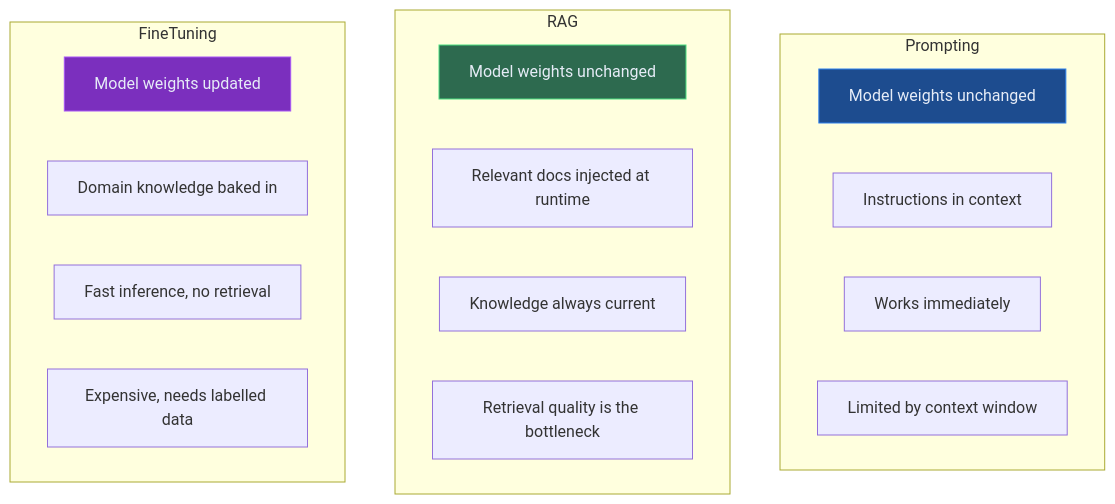
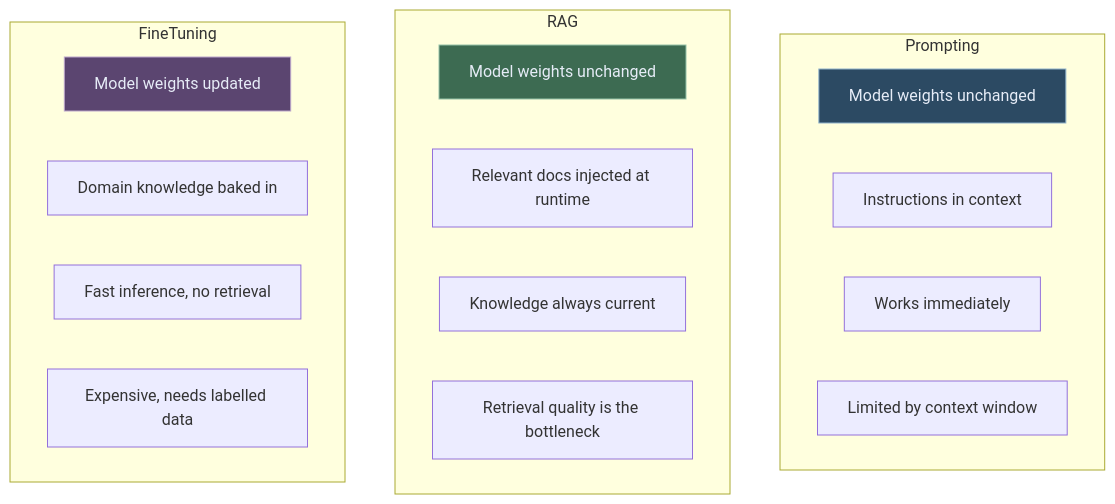
One commit to lorvexai/lorvexai changed the first of 6 diagrams in blog/fine-tuning-vs-rag-vs-prompting.md. Above: the diagram before and after it, drawn with Mermaid. The commit also changed other lines of this file and 16 other files, not shown here.

First line of the commit message:
Retune hardcoded Mermaid node colors to match the site palette

````diff
--- a/blog/fine-tuning-vs-rag-vs-prompting.md
+++ b/blog/fine-tuning-vs-rag-vs-prompting.md
@@ -34,27 +34,27 @@
 ```mermaid
 flowchart TD
     subgraph Prompting
         P1[Model weights unchanged]
         P2[Instructions in context]
         P3[Works immediately]
         P4[Limited by context window]
     end
 
     subgraph RAG
         R1[Model weights unchanged]
         R2[Relevant docs injected at runtime]
         R3[Knowledge always current]
         R4[Retrieval quality is the bottleneck]
     end
 
     subgraph FineTuning
         F1[Model weights updated]
         F2[Domain knowledge baked in]
         F3[Fast inference, no retrieval]
         F4[Expensive, needs labelled data]
     end
 
-    style P1 fill:#1D4C8F,stroke:#2F80ED,color:#E6ECF7
-    style R1 fill:#2D6A4F,stroke:#4ade80,color:#E6ECF7
-    style F1 fill:#7B2FBE,stroke:#a855f7,color:#E6ECF7
+    style P1 fill:#2C4A63,stroke:#8FB2CC,color:#E6ECF7
+    style R1 fill:#3D6B52,stroke:#95C2A8,color:#E6ECF7
+    style F1 fill:#5B4570,stroke:#BCA6CC,color:#E6ECF7
 ```
````
